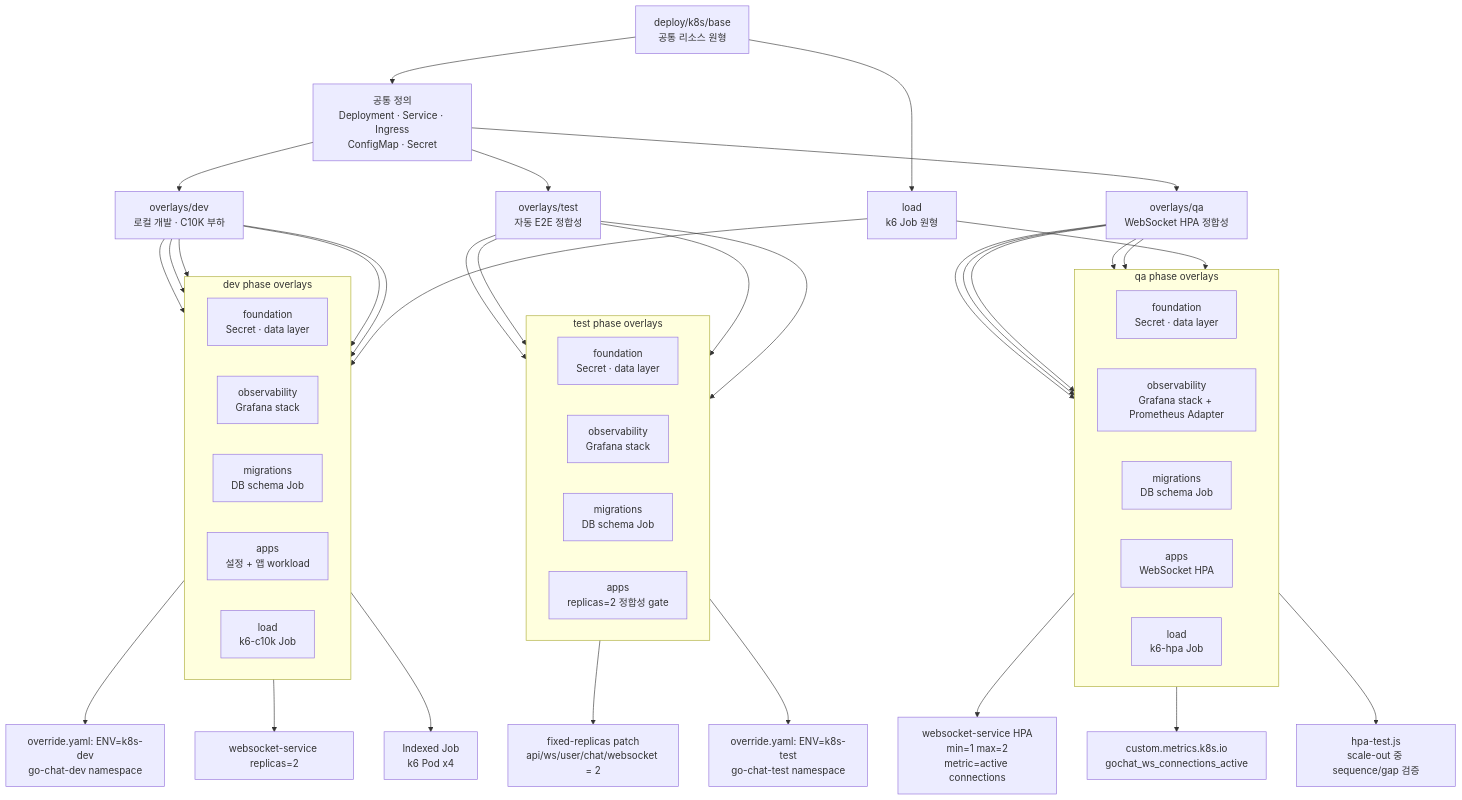
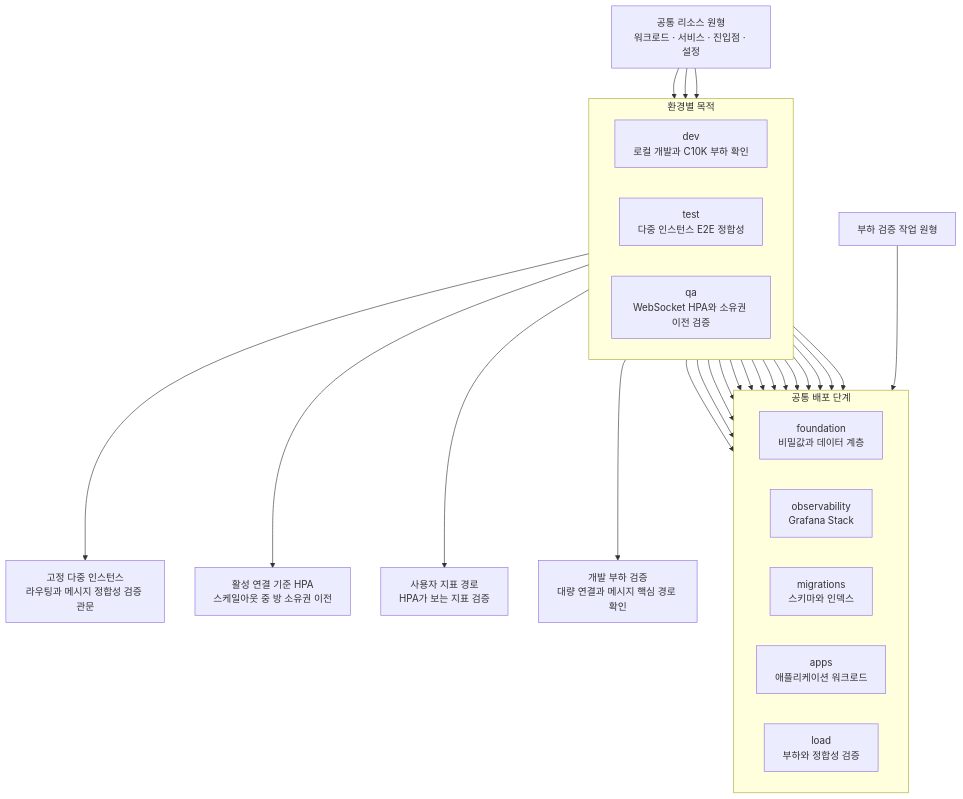
The diagram in docs/diagrams/flow-k8s-overlays.mmd (happyhun/go-chat-msa), drawn with Mermaid before and after one commit. The commit also changed 11 other files, not shown here.

Commit message:
docs: 다이어그램 흐름 정리

```diff
--- a/docs/diagrams/flow-k8s-overlays.mmd
+++ b/docs/diagrams/flow-k8s-overlays.mmd
@@ -1,63 +1,46 @@
 flowchart TB
-    Base["deploy/k8s/base<br/>공통 리소스 원형"]
+    Base["공통 리소스 원형<br/>워크로드 · 서비스 · 진입점 · 설정"]
+    LoadBase["부하 검증 작업 원형"]
 
-    Base --> Common["공통 정의<br/>Deployment · Service · Ingress<br/>ConfigMap · Secret"]
-    Base --> LoadBase["load<br/>k6 Job 원형"]
-
-    Common --> Dev["overlays/dev<br/>로컬 개발 · C10K 부하"]
-    Common --> Test["overlays/test<br/>자동 E2E 정합성"]
-    Common --> QA["overlays/qa<br/>WebSocket HPA 정합성"]
-
-    subgraph DevPhases ["dev phase overlays"]
+    subgraph Environments ["환경별 목적"]
         direction LR
-        DevFoundation["foundation<br/>Secret · data layer"]
-        DevObs["observability<br/>Grafana stack"]
-        DevMig["migrations<br/>DB schema Job"]
-        DevApps["apps<br/>설정 + 앱 workload"]
-        DevLoad["load<br/>k6-c10k Job"]
+        Dev["dev<br/>로컬 개발과 C10K 부하 확인"]
+        Test["test<br/>다중 인스턴스 E2E 정합성"]
+        QA["qa<br/>WebSocket HPA와 소유권 이전 검증"]
     end
 
-    subgraph TestPhases ["test phase overlays"]
+    subgraph Phases ["공통 배포 단계"]
         direction LR
-        TestFoundation["foundation<br/>Secret · data layer"]
-        TestObs["observability<br/>Grafana stack"]
-        TestMig["migrations<br/>DB schema Job"]
-        TestApps["apps<br/>replicas=2 정합성 gate"]
+        Foundation["foundation<br/>비밀값과 데이터 계층"]
+        Observability["observability<br/>Grafana Stack"]
+        Migrations["migrations<br/>스키마와 인덱스"]
+        Apps["apps<br/>애플리케이션 워크로드"]
+        Load["load<br/>부하와 정합성 검증"]
     end
 
-    subgraph QAPhases ["qa phase overlays"]
-        direction LR
-        QAFoundation["foundation<br/>Secret · data layer"]
-        QAObs["observability<br/>Grafana stack + Prometheus Adapter"]
-        QAMig["migrations<br/>DB schema Job"]
-        QAApps["apps<br/>WebSocket HPA"]
-        QALoad["load<br/>k6-hpa Job"]
-    end
+    Base --> Dev
+    Base --> Test
+    Base --> QA
+    LoadBase --> Load
 
-    Dev --> DevFoundation
-    Dev --> DevObs
-    Dev --> DevMig
-    Dev --> DevApps
-    Dev --> DevLoad
+    Dev --> Foundation
+    Dev --> Observability
+    Dev --> Migrations
+    Dev --> Apps
+    Dev --> Load
 
-    Test --> TestFoundation
-    Test --> TestObs
-    Test --> TestMig
-    Test --> TestApps
+    Test --> Foundation
+    Test --> Observability
+    Test --> Migrations
+    Test --> Apps
 
-    QA --> QAFoundation
-    QA --> QAObs
-    QA --> QAMig
-    QA --> QAApps
-    QA --> QALoad
+    QA --> Foundation
+    QA --> Observability
+    QA --> Migrations
+    QA --> Apps
+    QA --> Load
 
-    TestApps --> FixedReplicas["fixed-replicas patch<br/>api/ws/user/chat/websocket = 2"]
-    TestApps --> TestConfig["override.yaml: ENV=k8s-test<br/>go-chat-test namespace"]
-    DevApps --> DevConfig["override.yaml: ENV=k8s-dev<br/>go-chat-dev namespace"]
-    DevApps --> DevReplicas["websocket-service replicas=2"]
-    LoadBase --> DevLoad
-    LoadBase --> QALoad
-    DevLoad --> DevLoadJob["Indexed Job<br/>k6 Pod x4"]
-    QAApps --> QAHPA["websocket-service HPA<br/>min=1 max=2<br/>metric=active connections"]
-    QAObs --> CustomMetrics["custom.metrics.k8s.io<br/>gochat_ws_connections_active"]
-    QALoad --> HPAJob["hpa-test.js<br/>scale-out 중 sequence/gap 검증"]
+    Test --> TestGate["고정 다중 인스턴스<br/>라우팅과 메시지 정합성 검증 관문"]
+    QA --> QAHPA["활성 연결 기준 HPA<br/>스케일아웃 중 방 소유권 이전"]
+    QA --> QAAdapter["사용자 지표 경로<br/>HPA가 보는 지표 검증"]
+    Dev --> DevLoad["개발 부하 검증<br/>대량 연결과 메시지 핵심 경로 확인"]
```
